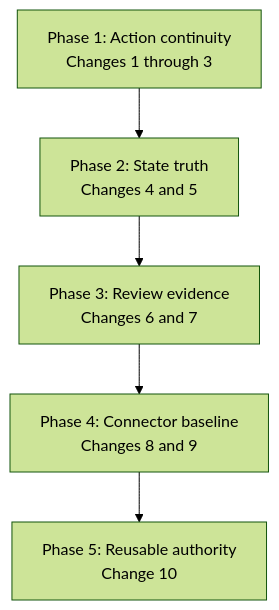
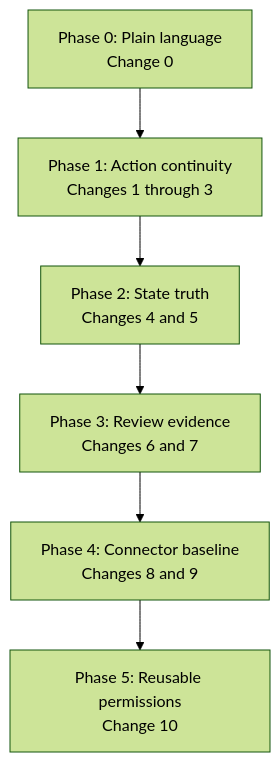
Before and after one commit to kpsuperplane/Noema: the third of 29 diagrams in docs/superpowers/plans/2026-08-08-noema-practical-reliability-roadmap.md, drawn with Mermaid (forest theme). The commit also changed other lines of this file, not shown here.

Commit message:
docs: make plain code the first roadmap phase

````diff
--- a/docs/superpowers/plans/2026-08-08-noema-practical-reliability-roadmap.md
+++ b/docs/superpowers/plans/2026-08-08-noema-practical-reliability-roadmap.md
@@ -123,10 +129,11 @@
 ```mermaid
 flowchart TD
+    P0["Phase 0: Plain language<br/>Change 0"]
     P1["Phase 1: Action continuity<br/>Changes 1 through 3"]
     P2["Phase 2: State truth<br/>Changes 4 and 5"]
     P3["Phase 3: Review evidence<br/>Changes 6 and 7"]
     P4["Phase 4: Connector baseline<br/>Changes 8 and 9"]
-    P5["Phase 5: Reusable authority<br/>Change 10"]
+    P5["Phase 5: Reusable permissions<br/>Change 10"]
 
-    P1 --> P2 --> P3 --> P4 --> P5
+    P0 --> P1 --> P2 --> P3 --> P4 --> P5
 ```
````
